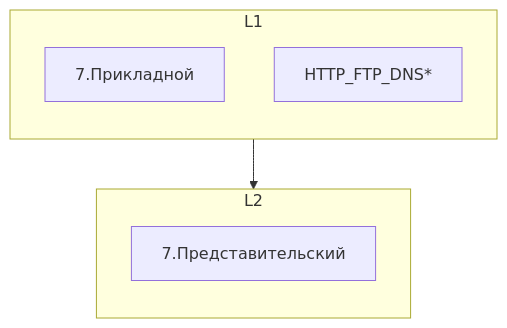
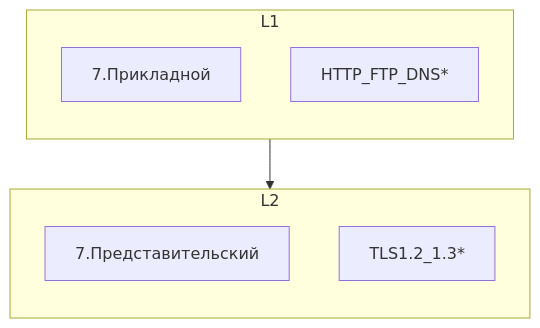
One commit to Firzen475/Common changed the first of 3 diagrams in __Собес__/01_Сеть/README.md. Above: the diagram before and after it, drawn with Mermaid. The commit also changed other lines of this file and 1 other file, not shown here.

````diff
--- a/__Собес__/01_Сеть/README.md
+++ b/__Собес__/01_Сеть/README.md
@@ -1,24 +1,25 @@
 ```mermaid
 flowchart TB
 
     subgraph L1
         direction TB
         application["7.Прикладной"]
         HTTP_FTP_DNS["HTTP_FTP_DNS*"]
         click HTTP_FTP_DNS "#HTTP_FTP_DNS" "Перейти к разделу"
     end
     subgraph L2
         direction TB
         presentation["7.Представительский"]
-        
+        TLS["TLS1.2_1.3*"]
+        click TLS "#TLS" "Перейти к разделу"
     end
 
 
 
 
 
 
 
     L1 --> L2
 
 ```
````
